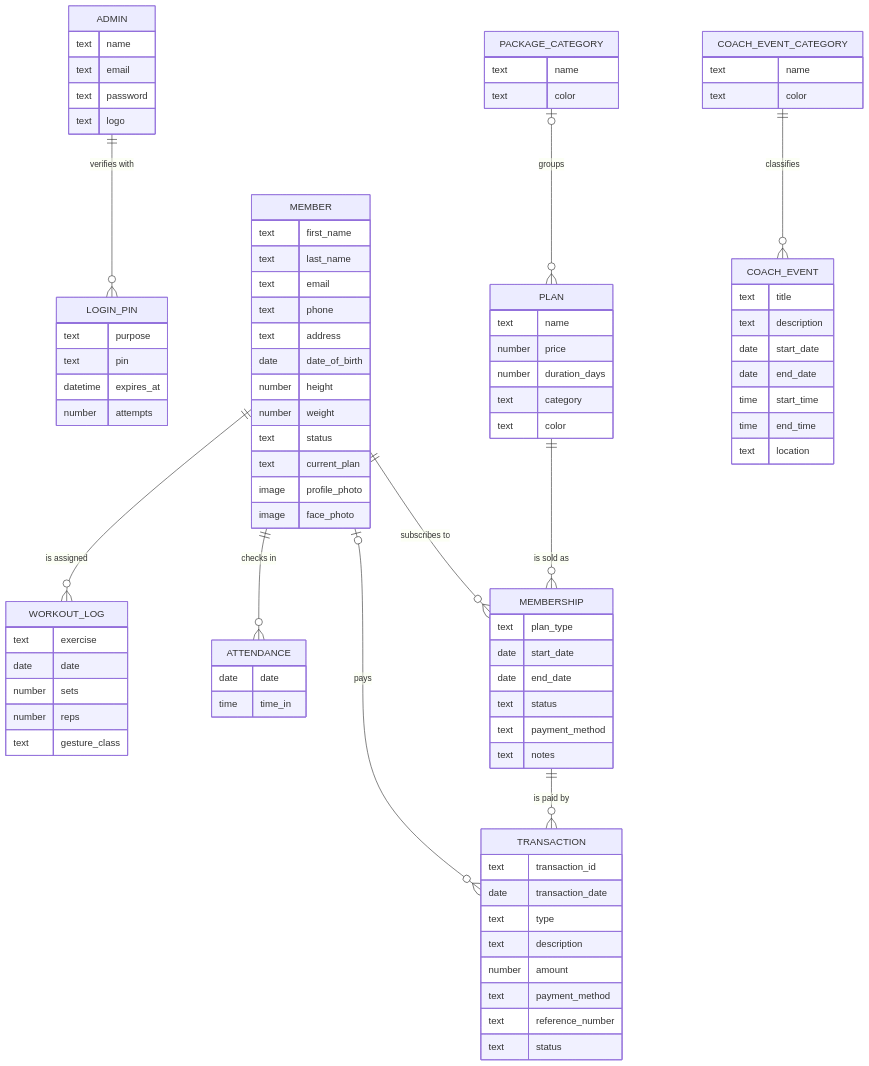
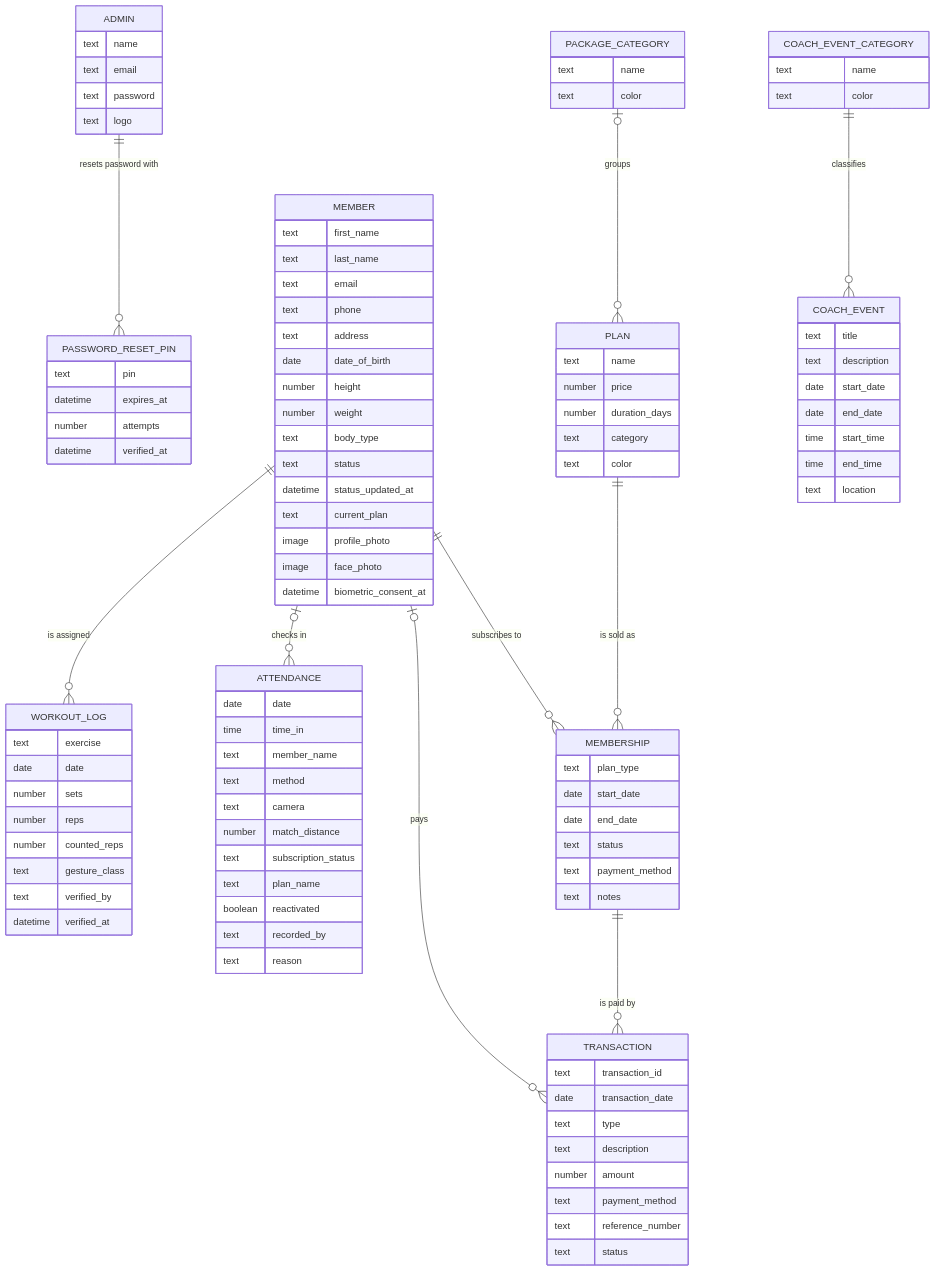
The diagram in DOCUMENTATION/Logical Entity-Relationship Diagram/Logical Entity-Relationship Diagram.md (Plonteras191/GYM2-CAPSTONE), drawn with Mermaid before and after one commit. The commit also changed other lines of this file and 10 other files, not shown here.

First line of the commit message:
docs(diagrams): update the DOCUMENTATION diagram write-ups to the current system

````diff
--- a/DOCUMENTATION/Logical Entity-Relationship Diagram/Logical Entity-Relationship Diagram.md
+++ b/DOCUMENTATION/Logical Entity-Relationship Diagram/Logical Entity-Relationship Diagram.md
@@ -14,11 +16,11 @@
         text password
         text logo
     }
-    LOGIN_PIN {
-        text purpose
+    PASSWORD_RESET_PIN {
         text pin
         datetime expires_at
         number attempts
+        datetime verified_at
     }
     MEMBER {
         text first_name
@@ -29,10 +31,13 @@
         date date_of_birth
         number height
         number weight
+        text body_type
         text status
+        datetime status_updated_at
         text current_plan
         image profile_photo
         image face_photo
+        datetime biometric_consent_at
     }
     PACKAGE_CATEGORY {
         text name
@@ -66,13 +71,25 @@
     ATTENDANCE {
         date date
         time time_in
+        text member_name
+        text method
+        text camera
+        number match_distance
+        text subscription_status
+        text plan_name
+        boolean reactivated
+        text recorded_by
+        text reason
     }
     WORKOUT_LOG {
         text exercise
         date date
         number sets
         number reps
+        number counted_reps
         text gesture_class
+        text verified_by
+        datetime verified_at
     }
     COACH_EVENT_CATEGORY {
         text name
@@ -88,13 +105,13 @@
         text location
     }
 
-    ADMIN ||--o{ LOGIN_PIN : "verifies with"
+    ADMIN ||--o{ PASSWORD_RESET_PIN : "resets password with"
     MEMBER ||--o{ MEMBERSHIP : "subscribes to"
     PLAN ||--o{ MEMBERSHIP : "is sold as"
     PACKAGE_CATEGORY |o--o{ PLAN : "groups"
     MEMBERSHIP ||--o{ TRANSACTION : "is paid by"
     MEMBER |o--o{ TRANSACTION : "pays"
-    MEMBER ||--o{ ATTENDANCE : "checks in"
+    MEMBER |o--o{ ATTENDANCE : "checks in"
     MEMBER ||--o{ WORKOUT_LOG : "is assigned"
     COACH_EVENT_CATEGORY ||--o{ COACH_EVENT : "classifies"
 ```
````
